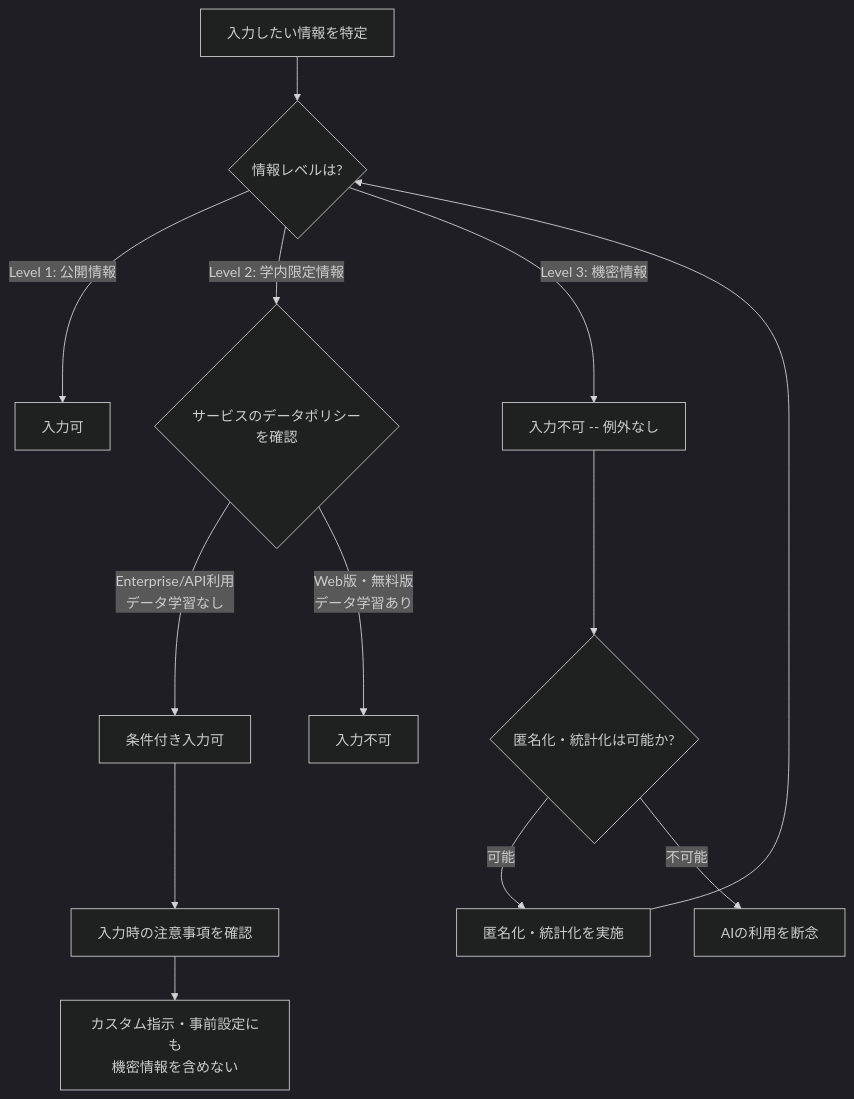
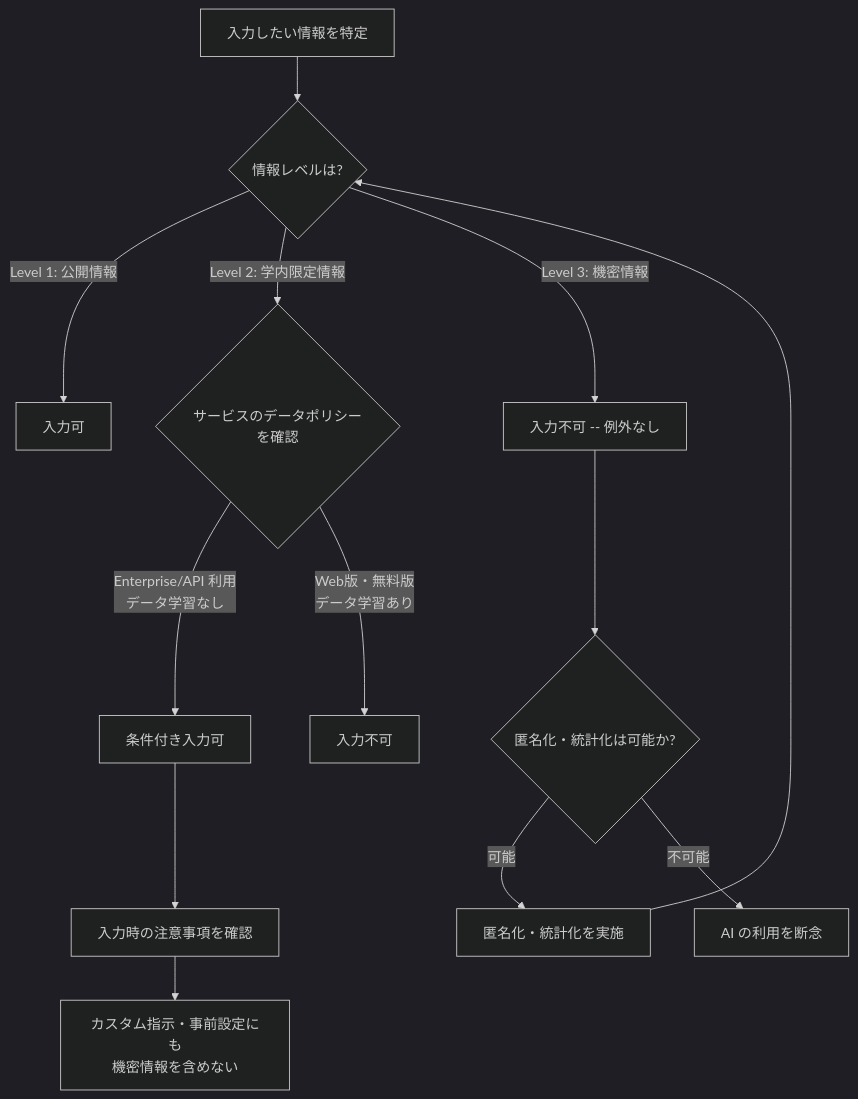
One commit to gmoriki/higher-ed-ai-skills changed the diagram in skills/confidential-info-guidelines/SKILL.md. Above: the diagram before and after it, drawn with Mermaid (dark theme). The commit also changed other lines of this file and 8 other files, not shown here.

````diff
--- a/skills/confidential-info-guidelines/SKILL.md
+++ b/skills/confidential-info-guidelines/SKILL.md
@@ -78,17 +72,17 @@
 ```mermaid
 flowchart TD
     A[入力したい情報を特定] --> B{情報レベルは?}
     B -->|Level 1: 公開情報| C[入力可]
     B -->|Level 2: 学内限定情報| D{サービスのデータポリシーを確認}
     B -->|Level 3: 機密情報| E[入力不可 -- 例外なし]
 
-    D -->|Enterprise/API利用<br>データ学習なし| F[条件付き入力可]
+    D -->|Enterprise/API 利用<br>データ学習なし| F[条件付き入力可]
     D -->|Web版・無料版<br>データ学習あり| G[入力不可]
 
     E --> H{匿名化・統計化は可能か?}
     H -->|可能| I[匿名化・統計化を実施] --> B
-    H -->|不可能| J[AIの利用を断念]
+    H -->|不可能| J[AI の利用を断念]
 
     F --> K[入力時の注意事項を確認]
     K --> L[カスタム指示・事前設定にも<br>機密情報を含めない]
 ```
````
